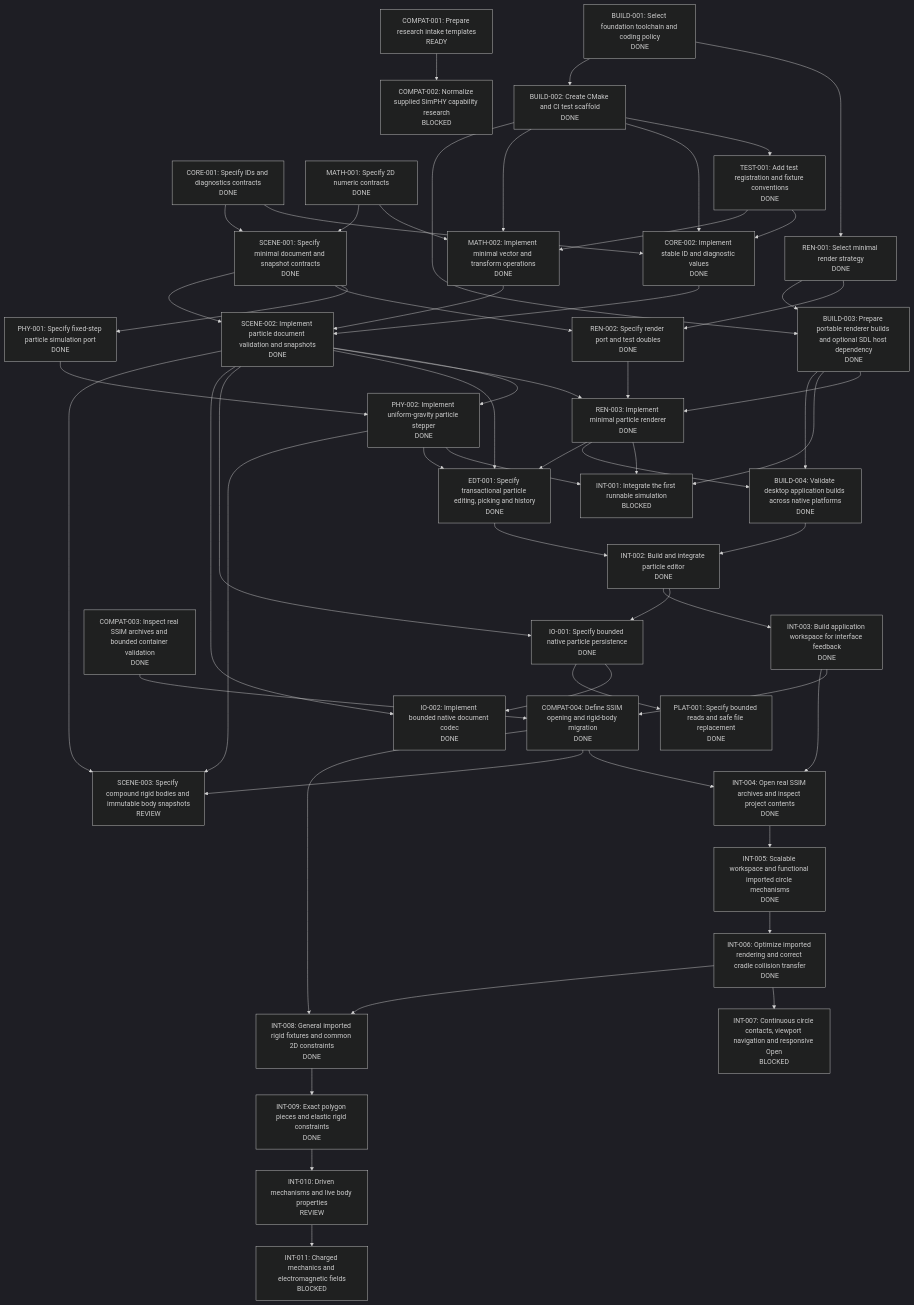
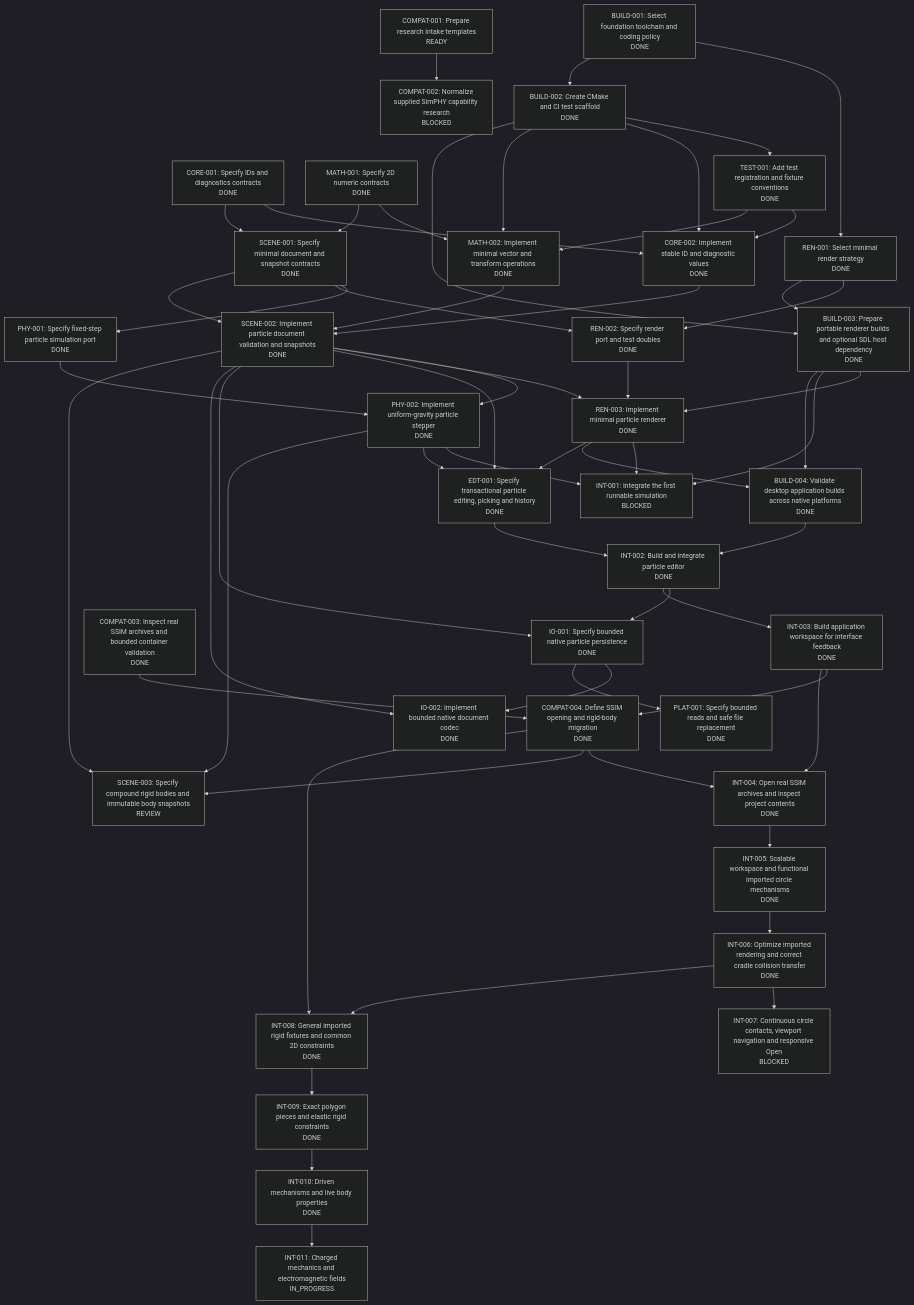
The diagram in tasks/graph.md (JnJarvis/open-simphy), drawn with Mermaid (dark theme) before and after one commit. The commit also changed other lines of this file and 2 other files, not shown here.

Commit message:
Record approved resonance merge and claim charged mechanics

```diff
--- a/tasks/graph.md
+++ b/tasks/graph.md
@@ -42,8 +42,8 @@
   INT_007["INT-007: Continuous circle contacts, viewport navigation and responsive Open<br/>BLOCKED"]
   INT_008["INT-008: General imported rigid fixtures and common 2D constraints<br/>DONE"]
   INT_009["INT-009: Exact polygon pieces and elastic rigid constraints<br/>DONE"]
-  INT_011["INT-011: Charged mechanics and electromagnetic fields<br/>BLOCKED"]
-  INT_010["INT-010: Driven mechanisms and live body properties<br/>REVIEW"]
+  INT_011["INT-011: Charged mechanics and electromagnetic fields<br/>IN_PROGRESS"]
+  INT_010["INT-010: Driven mechanisms and live body properties<br/>DONE"]
   BUILD_001 --> REN_001
   BUILD_001 --> BUILD_002
   BUILD_002 --> TEST_001
```
